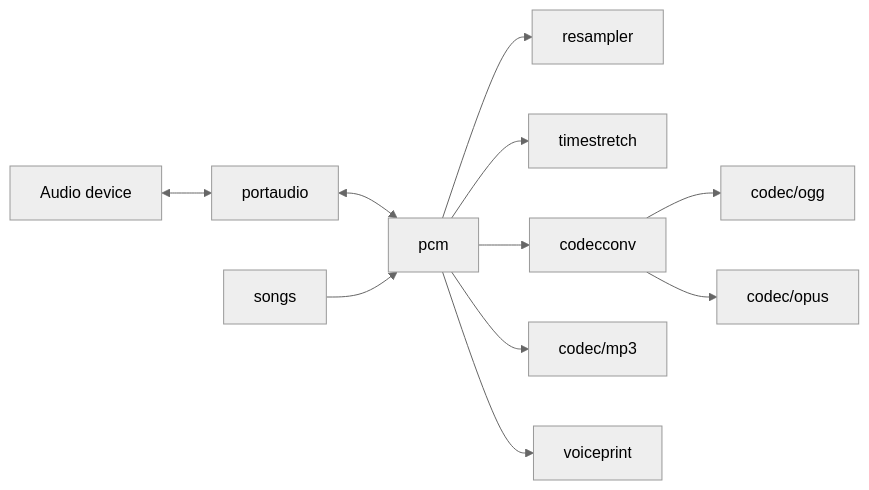
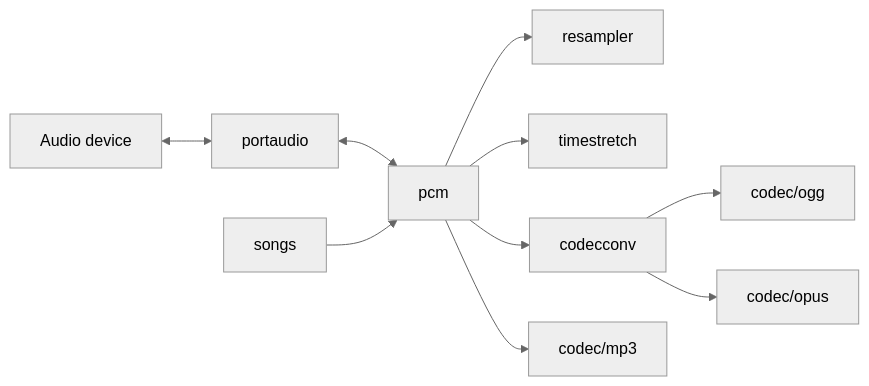
One commit to GizClaw/gizclaw changed the diagram in guides/en/developing/audio/overview.md. Above: the diagram before and after it, drawn with Mermaid (neutral theme). The commit also changed other lines of this file and 197 other files, not shown here.

````diff
--- a/guides/en/developing/audio/overview.md
+++ b/guides/en/developing/audio/overview.md
@@ -24,13 +23,12 @@
 ```mermaid
 flowchart LR
     Device["Audio device"] <--> PortAudio["portaudio"]
     PortAudio <--> PCM["pcm"]
     PCM --> Resampler["resampler"]
     PCM --> TimeStretch["timestretch"]
     PCM --> CodecConv["codecconv"]
     CodecConv --> Ogg["codec/ogg"]
     CodecConv --> Opus["codec/opus"]
     PCM --> MP3["codec/mp3"]
-    PCM --> Voiceprint["voiceprint"]
     Songs["songs"] --> PCM
 ```
````
